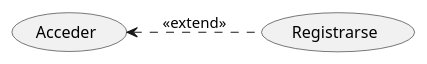
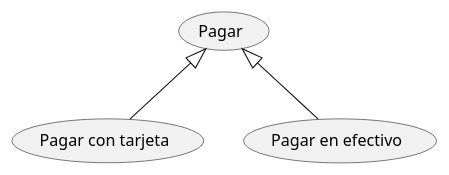
The diagram in UD12_EJ1_CND/CasosUsoEj1.puml (carniedom/EDEUD12_EJ1_CND), drawn with PlantUML before and after one commit.

Commit message:
Elemento generalización

```diff
--- a/UD12_EJ1_CND/CasosUsoEj1.puml
+++ b/UD12_EJ1_CND/CasosUsoEj1.puml
@@ -1,6 +1,7 @@
 @startuml
-left to right direction
-usecase "Acceder" as acceso
-usecase "Registrarse" as registro
-acceso <.. registro :<<extend>>
+usecase "Pagar" as pago
+usecase "Pagar con tarjeta" as pagotarjeta
+usecase "Pagar en efectivo" as pagoefectivo
+pago <|-- pagotarjeta
+pago <|-- pagoefectivo
 @enduml
```
